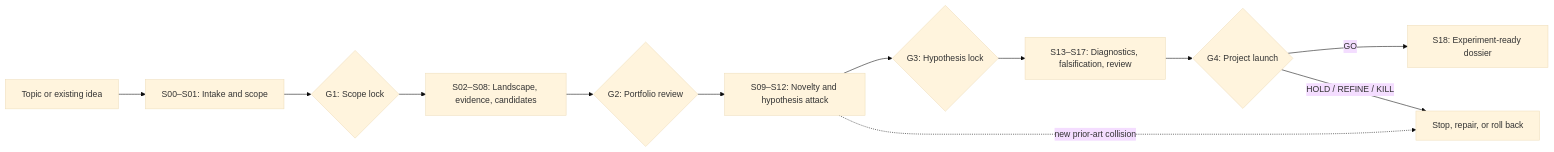
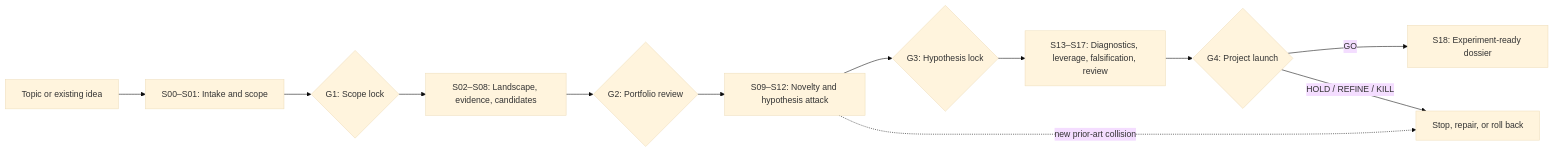
One commit to DexZane/Research-Forge changed the diagram in README.md. Above: the diagram before and after it, drawn with Mermaid (base theme). The commit also changed other lines of this file and 23 other files, not shown here.

````diff
--- a/README.md
+++ b/README.md
@@ -122,14 +128,14 @@
 ```mermaid
 flowchart LR
     A["Topic or existing idea"] --> B["S00–S01: Intake and scope"]
     B --> G1{"G1: Scope lock"}
     G1 --> C["S02–S08: Landscape, evidence, candidates"]
     C --> G2{"G2: Portfolio review"}
     G2 --> D["S09–S12: Novelty and hypothesis attack"]
     D --> G3{"G3: Hypothesis lock"}
-    G3 --> E["S13–S17: Diagnostics, falsification, review"]
+    G3 --> E["S13–S17: Diagnostics, leverage, falsification, review"]
     E --> G4{"G4: Project launch"}
     G4 -->|GO| F["S18: Experiment-ready dossier"]
     G4 -->|HOLD / REFINE / KILL| R["Stop, repair, or roll back"]
     D -. "new prior-art collision" .-> R
 ```
````
